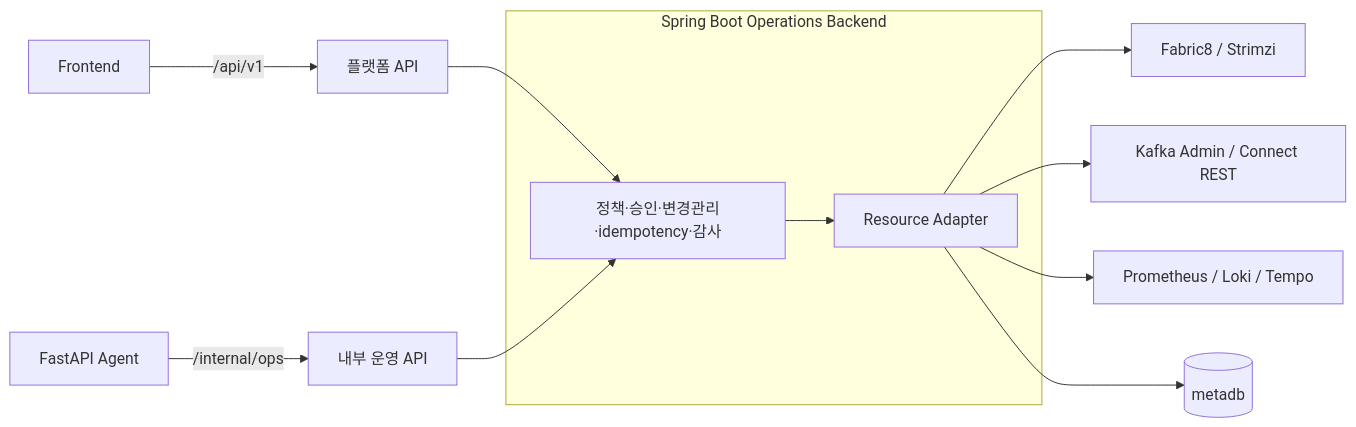
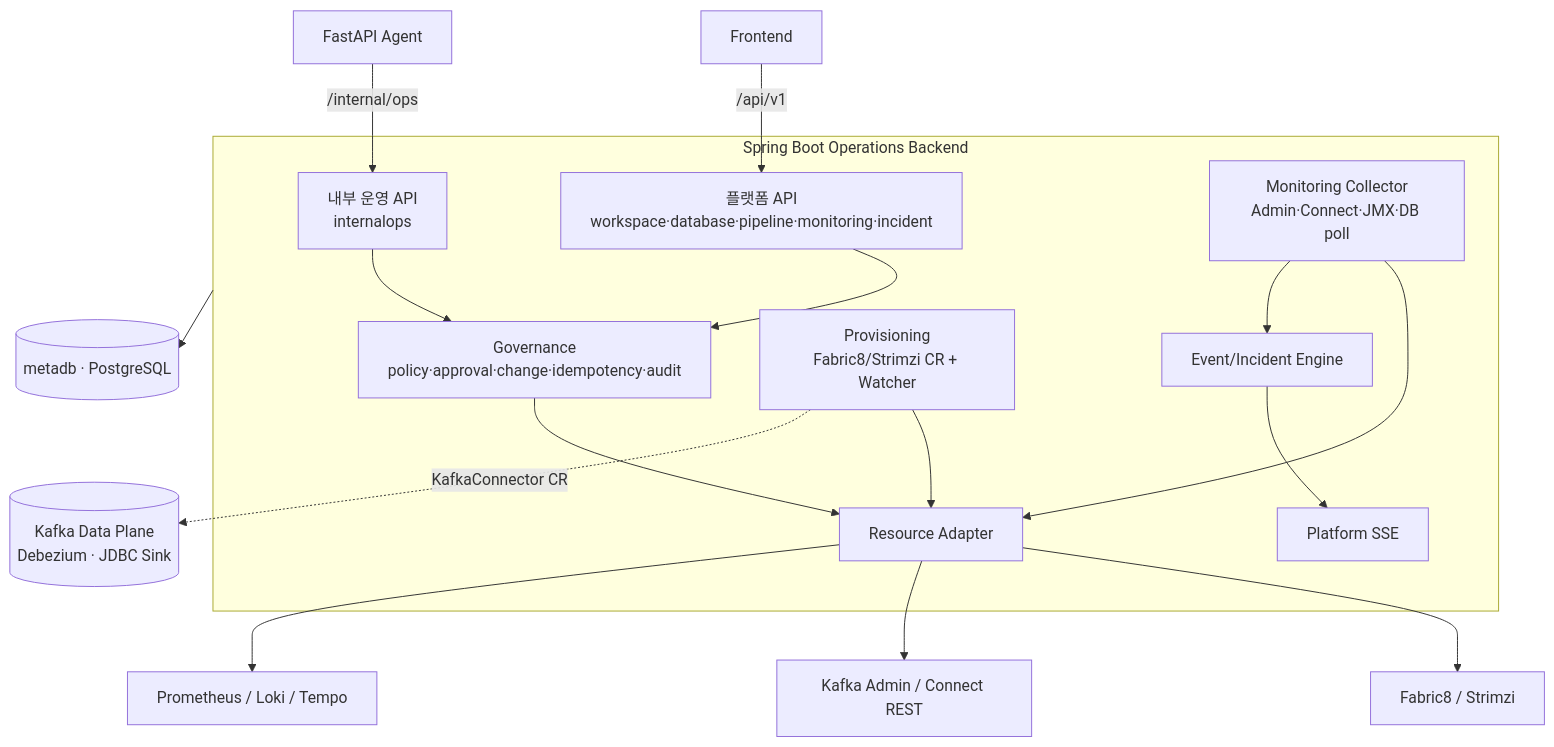
Before and after one commit to cloud-team2/bifrost: the first of 2 diagrams in docs/design/backend-springboot/overview.md, drawn with Mermaid. The commit also changed other lines of this file and 23 other files, not shown here.

````diff
--- a/docs/design/backend-springboot/overview.md
+++ b/docs/design/backend-springboot/overview.md
@@ -12,14 +22,18 @@
 ```mermaid
-flowchart LR
-    FE[Frontend] -->|/api/v1| P[플랫폼 API]
-    AG[FastAPI Agent] -->|/internal/ops| O[내부 운영 API]
-    P --> CORE
-    O --> CORE
+flowchart TB
+    FE[Frontend] -->|/api/v1| PLAT[플랫폼 API<br/>workspace·database·pipeline·monitoring·incident]
+    AG[FastAPI Agent] -->|/internal/ops| IOPS[내부 운영 API<br/>internalops]
     subgraph SB[Spring Boot Operations Backend]
-      CORE[정책·승인·변경관리·idempotency·감사] --> ADP[Resource Adapter]
+      PLAT --> GOV[Governance<br/>policy·approval·change·idempotency·audit]
+      IOPS --> GOV
+      GOV --> ADP[Resource Adapter]
+      PROV[Provisioning<br/>Fabric8/Strimzi CR + Watcher] --> ADP
+      COLL[Monitoring Collector<br/>Admin·Connect·JMX·DB poll] --> ADP
+      COLL --> EVT[Event/Incident Engine] --> SSE[Platform SSE]
     end
     ADP --> K8S[Fabric8 / Strimzi]
     ADP --> KAFKA[Kafka Admin / Connect REST]
     ADP --> OBS[Prometheus / Loki / Tempo]
-    ADP --> META[(metadb)]
+    PROV -. KafkaConnector CR .-> DP[(Kafka Data Plane<br/>Debezium · JDBC Sink)]
+    SB --> META[(metadb · PostgreSQL)]
 ```
````
